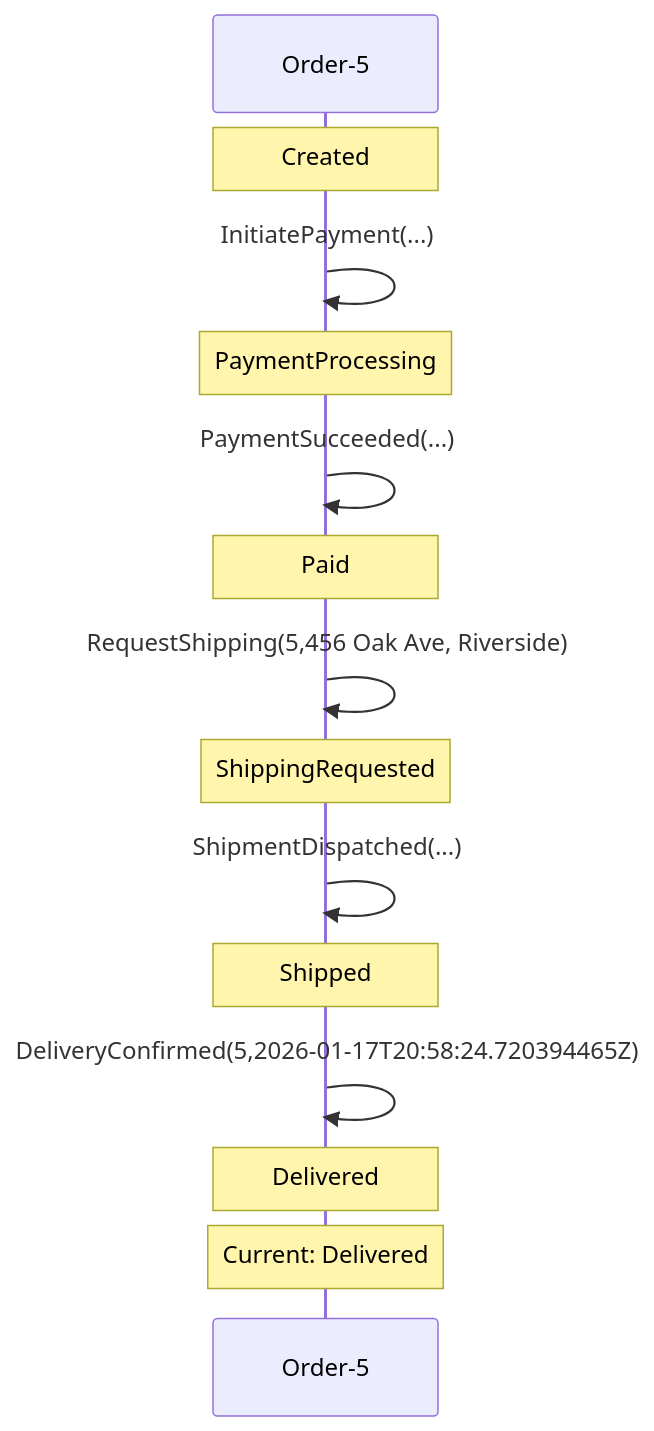
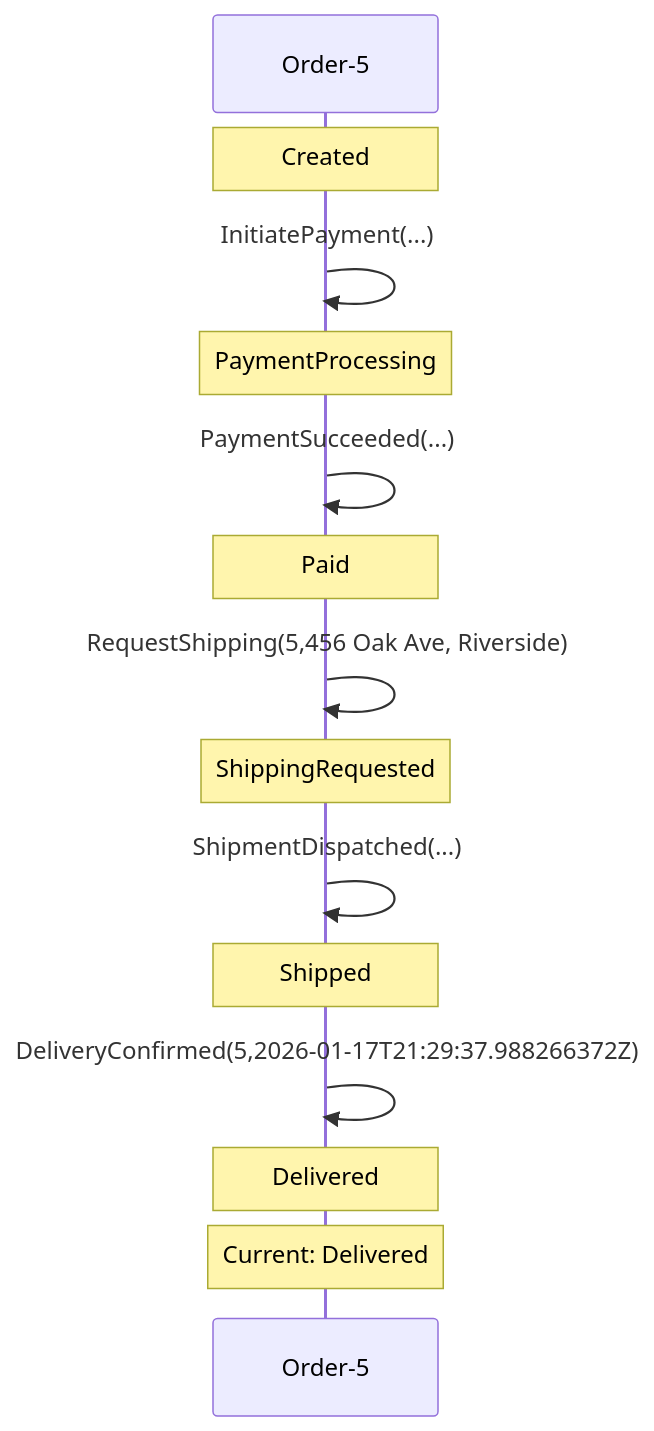
One commit to Iterable/mechanoid changed the first of 2 diagrams in docs/visualizations/order-5-trace.md. Above: the diagram before and after it, drawn with Mermaid. The commit also changed 11 other files, not shown here.

````diff
--- a/docs/visualizations/order-5-trace.md
+++ b/docs/visualizations/order-5-trace.md
@@ -7,17 +7,17 @@
 ```mermaid
 sequenceDiagram
     participant FSM as Order-5
     Note over FSM: Created
     FSM->>FSM: InitiatePayment(...)
     Note over FSM: PaymentProcessing
     FSM->>FSM: PaymentSucceeded(...)
     Note over FSM: Paid
     FSM->>FSM: RequestShipping(5,456 Oak Ave, Riverside)
     Note over FSM: ShippingRequested
     FSM->>FSM: ShipmentDispatched(...)
     Note over FSM: Shipped
-    FSM->>FSM: DeliveryConfirmed(5,2026-01-17T20:58:24.720394465Z)
+    FSM->>FSM: DeliveryConfirmed(5,2026-01-17T21:29:37.988266372Z)
     Note over FSM: Delivered
     Note over FSM: Current: Delivered
 
 ```
````
